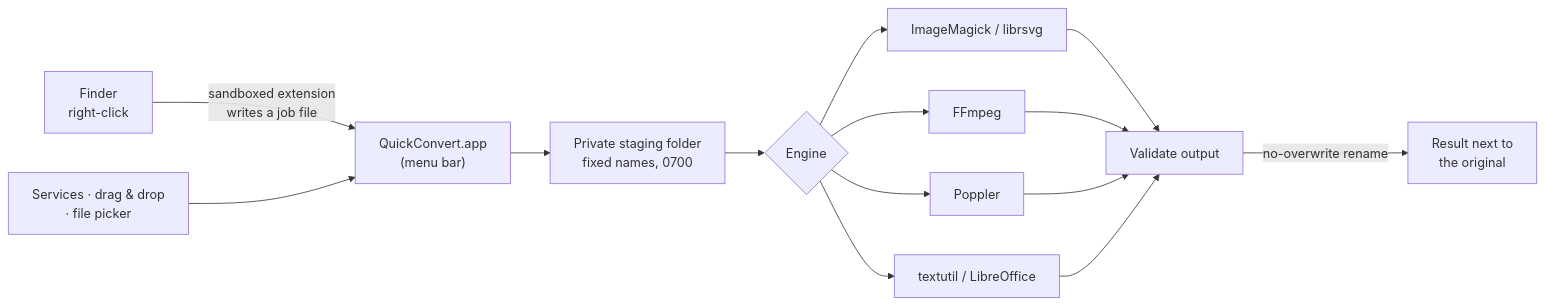
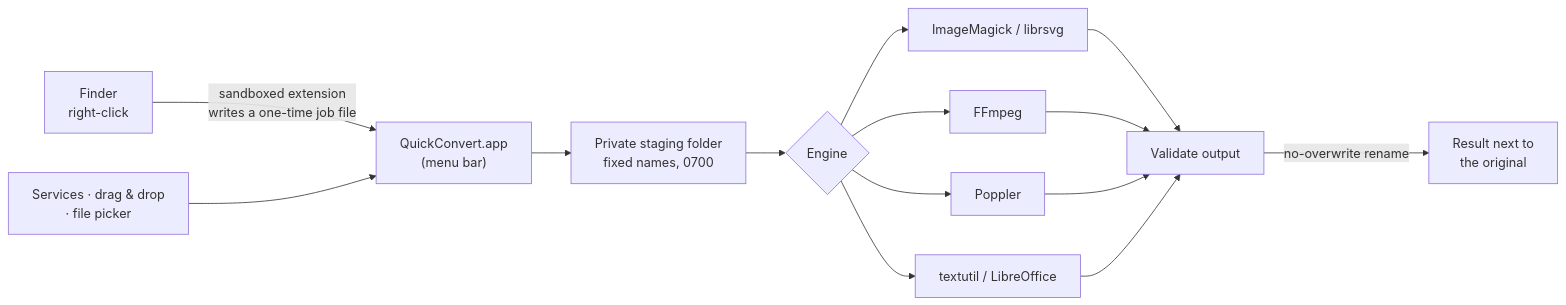
One commit to jgreen417/QuickConvert changed the diagram in README.md. Above: the diagram before and after it, drawn with Mermaid. The commit also changed other lines of this file and 5 other files, not shown here.

````diff
--- a/README.md
+++ b/README.md
@@ -127,13 +127,13 @@
 ```mermaid
 flowchart LR
-    A["Finder<br/>right-click"] -->|sandboxed extension<br/>writes a job file| B["QuickConvert.app<br/>(menu bar)"]
+    A["Finder<br/>right-click"] -->|sandboxed extension<br/>writes a one-time job file| B["QuickConvert.app<br/>(menu bar)"]
     S["Services · drag & drop<br/>· file picker"] --> B
     B --> C["Private staging folder<br/>fixed names, 0700"]
     C --> D{"Engine"}
     D --> E1[ImageMagick / librsvg]
     D --> E2[FFmpeg]
     D --> E3[Poppler]
     D --> E4[textutil / LibreOffice]
     E1 & E2 & E3 & E4 --> F["Validate output"]
     F -->|no-overwrite rename| G["Result next to<br/>the original"]
 ```
````
